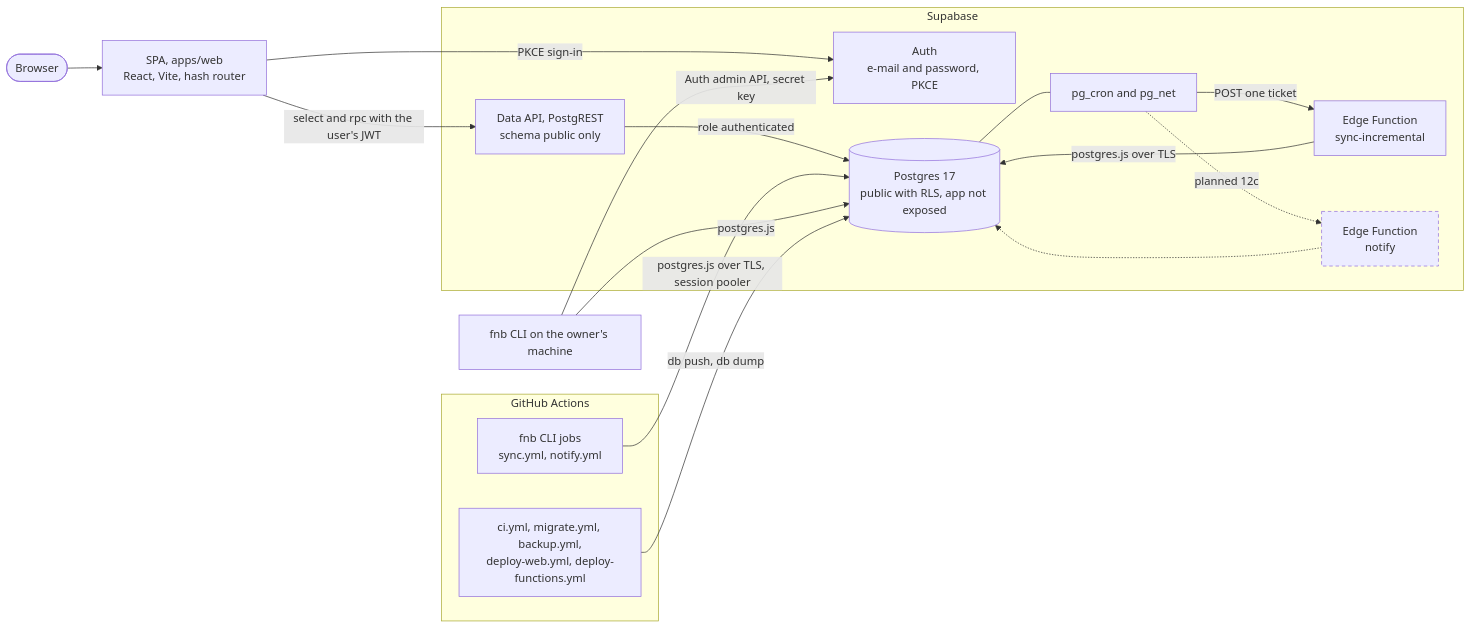
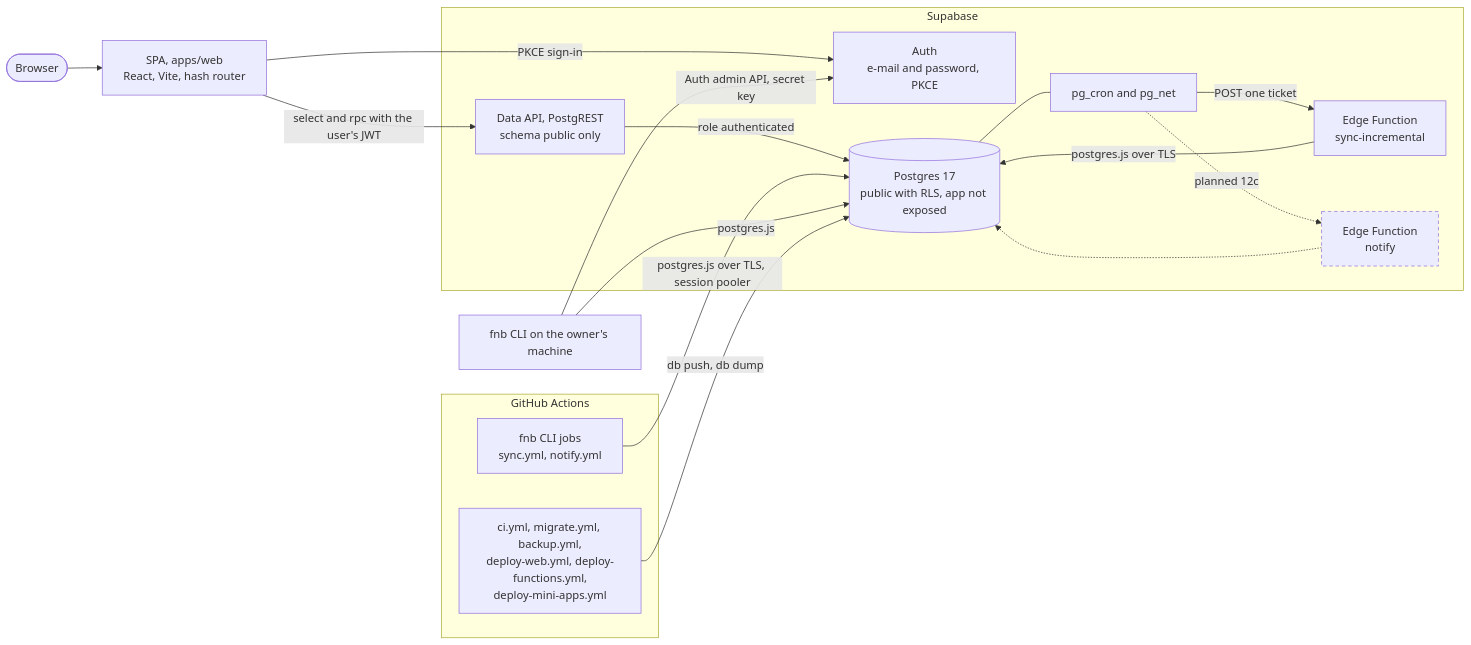
One commit to qa-io-vn/fnb-manager changed the second of 13 diagrams in docs/architecture.md. Above: the diagram before and after it, drawn with Mermaid. The commit also changed other lines of this file and 23 other files, not shown here.

````diff
--- a/docs/architecture.md
+++ b/docs/architecture.md
@@ -113,34 +113,34 @@
 ```mermaid
 flowchart LR
     browser(["Browser"])
     spa["SPA, apps/web<br/>React, Vite, hash router"]
     ownercli["fnb CLI on the owner's machine"]
     subgraph gha["GitHub Actions"]
         jobs["fnb CLI jobs<br/>sync.yml, notify.yml"]
-        ops["ci.yml, migrate.yml, backup.yml,<br/>deploy-web.yml, deploy-functions.yml"]
+        ops["ci.yml, migrate.yml, backup.yml,<br/>deploy-web.yml, deploy-functions.yml,<br/>deploy-mini-apps.yml"]
     end
     subgraph supa["Supabase"]
         auth["Auth<br/>e-mail and password, PKCE"]
         rest["Data API, PostgREST<br/>schema public only"]
         pg[("Postgres 17<br/>public with RLS, app not exposed")]
         cron["pg_cron and pg_net"]
         efsync["Edge Function<br/>sync-incremental"]
         efnotify["Edge Function<br/>notify"]
     end
     browser --> spa
     spa -->|PKCE sign-in| auth
     spa -->|select and rpc with the user's JWT| rest
     rest -->|role authenticated| pg
     cron -->|POST one ticket| efsync
     efsync -->|postgres.js over TLS| pg
     jobs -->|postgres.js over TLS, session pooler| pg
     ownercli -->|postgres.js| pg
     ownercli -->|Auth admin API, secret key| auth
     ops -->|db push, db dump| pg
     pg --- cron
     cron -.->|planned 12c| efnotify
     efnotify -.-> pg
 
     classDef later stroke-dasharray: 5 4
     class efnotify later
 ```
````
